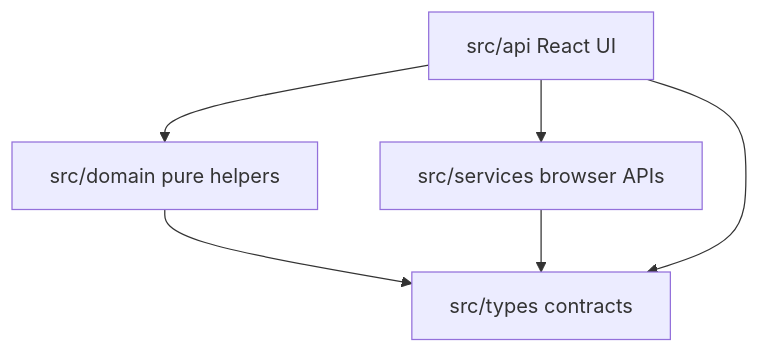
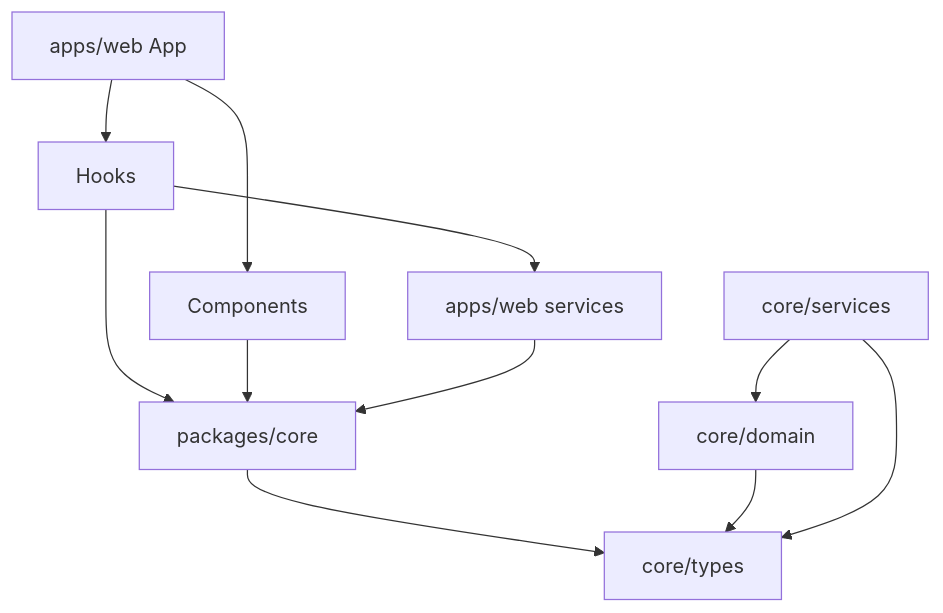
One commit to ahhrealmonstr/lego-tracker changed the first of 3 diagrams in docs/architecture.md. Above: the diagram before and after it, drawn with Mermaid. The commit also changed other lines of this file and 26 other files, not shown here.

````diff
--- a/docs/architecture.md
+++ b/docs/architecture.md
@@ -23,8 +35,13 @@
 ```mermaid
 flowchart TD
-  UI[src/api React UI] --> Domain[src/domain pure helpers]
-  UI --> Services[src/services browser APIs]
-  Domain --> Types[src/types contracts]
-  Services --> Types
-  UI --> Types
+  App[apps/web App] --> Components
+  App --> Hooks
+  Hooks --> AppServices[apps/web services]
+  Hooks --> Core[packages/core]
+  Components --> Core
+  AppServices --> Core
+  Core --> Types[core/types]
+  Core_Domain[core/domain] --> Types
+  Core_Services[core/services] --> Types
+  Core_Services --> Core_Domain
 ```
````
